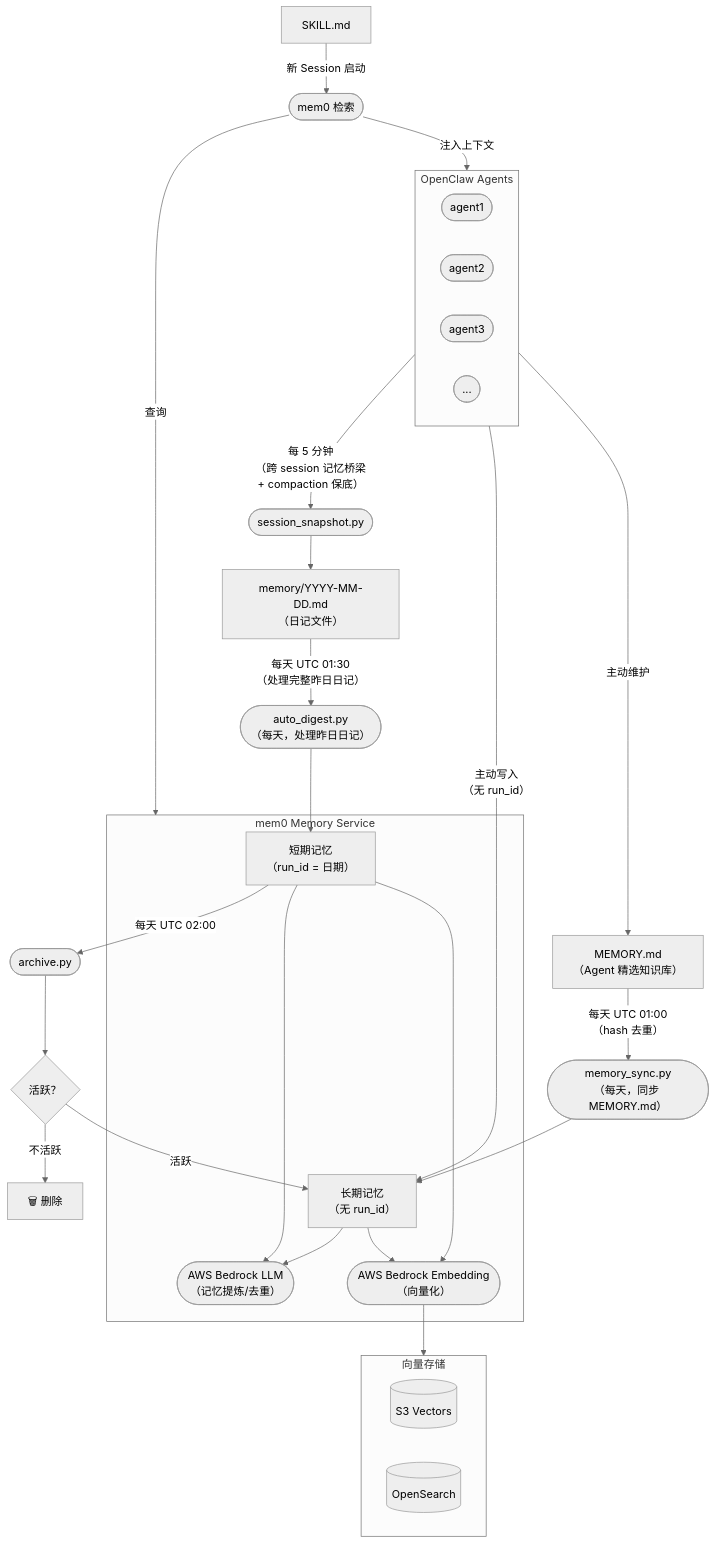
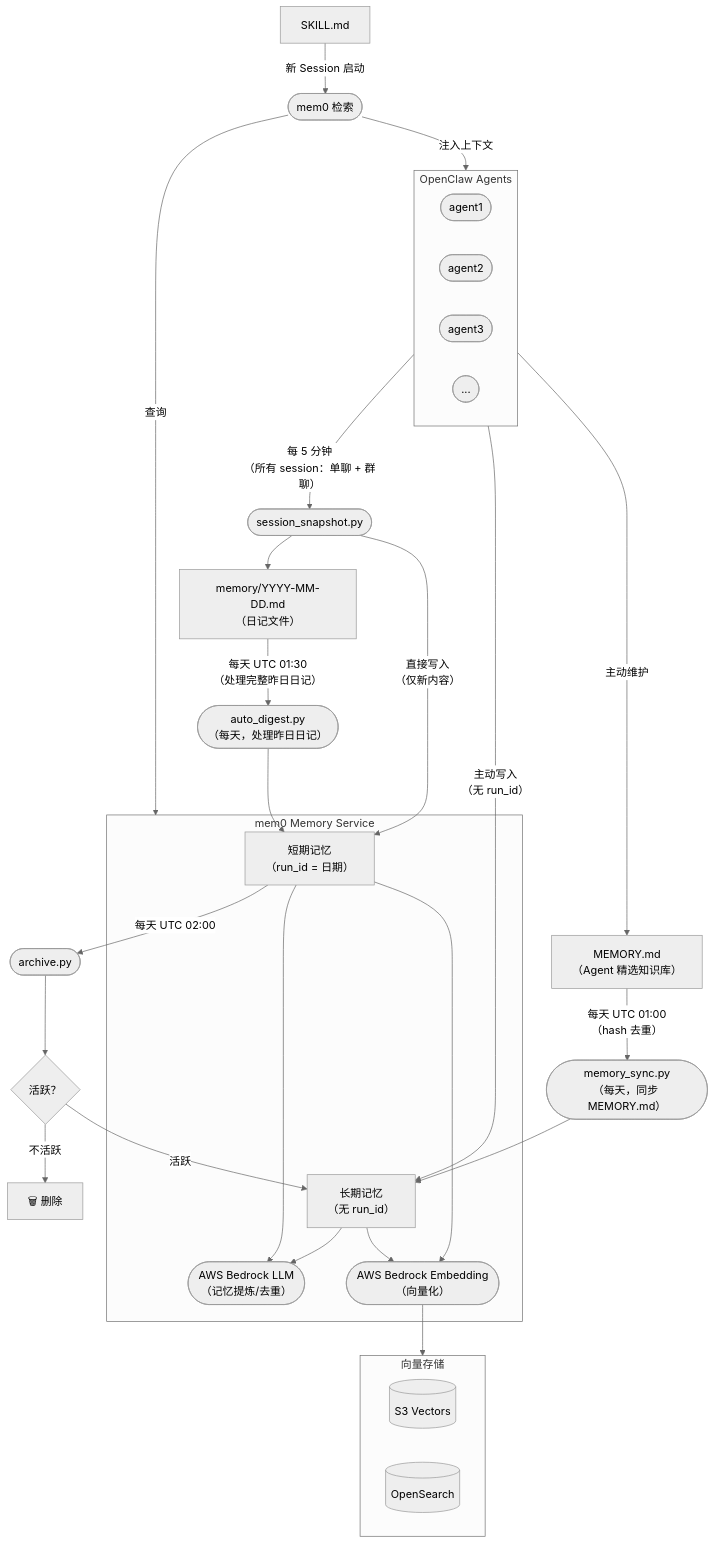
Before and after one commit to norrishuang/mem0-memory-service: the diagram in docs/zh/guide/architecture.md, drawn with Mermaid (neutral theme). The commit also changed other lines of this file and 3 other files, not shown here.

First line of the commit message:
docs: update architecture and how-it-works for multi-session snapshot + mem0 real-time write

````diff
--- a/docs/zh/guide/architecture.md
+++ b/docs/zh/guide/architecture.md
@@ -5,56 +5,57 @@
 ```mermaid
 flowchart TD
     subgraph Agents["OpenClaw Agents"]
         A1(["agent1"])
         A2(["agent2"])
         A3(["agent3"])
         A4(["..."])
     end
 
     Diary["memory/YYYY-MM-DD.md\n（日记文件）"]
     MemoryMD["MEMORY.md\n（Agent 精选知识库）"]
     Snap(["session_snapshot.py"])
     Digest(["auto_digest.py\n（每天，处理昨日日记）"])
     Sync(["memory_sync.py\n（每天，同步 MEMORY.md）"])
     Archive(["archive.py"])
 
     subgraph Mem0["mem0 Memory Service"]
         LLM(["AWS Bedrock LLM\n（记忆提炼/去重）"])
         Embed(["AWS Bedrock Embedding\n（向量化）"])
         STM["短期记忆\n（run_id = 日期）"]
         LTM["长期记忆\n（无 run_id）"]
     end
 
     Decision{"活跃？"}
 
     subgraph Store["向量存储"]
         S3[("S3 Vectors")]
         OS[("OpenSearch")]
     end
 
     SKILL["SKILL.md"]
     Retrieve(["mem0 检索"])
 
-    Agents -- "每 5 分钟\n（跨 session 记忆桥梁\n+ compaction 保底）" --> Snap
+    Agents -- "每 5 分钟\n（所有 session：单聊 + 群聊）" --> Snap
     Agents -- "主动写入\n（无 run_id）" --> LTM
     Agents -- "主动维护" --> MemoryMD
     Snap --> Diary
+    Snap -- "直接写入\n（仅新内容）" --> STM
     Diary -- "每天 UTC 01:30\n（处理完整昨日日记）" --> Digest
     MemoryMD -- "每天 UTC 01:00\n（hash 去重）" --> Sync
     Digest --> STM
     Sync --> LTM
     STM -- "每天 UTC 02:00" --> Archive
     Archive --> Decision
     Decision -- "活跃" --> LTM
     Decision -- "不活跃" --> Del["🗑 删除"]
 
     STM --> LLM
     STM --> Embed
     LTM --> LLM
     LTM --> Embed
     Embed --> Store
 
     SKILL -- "新 Session 启动" --> Retrieve
     Retrieve -- "查询" --> Mem0
     Retrieve -- "注入上下文" --> Agents
 ```
````
